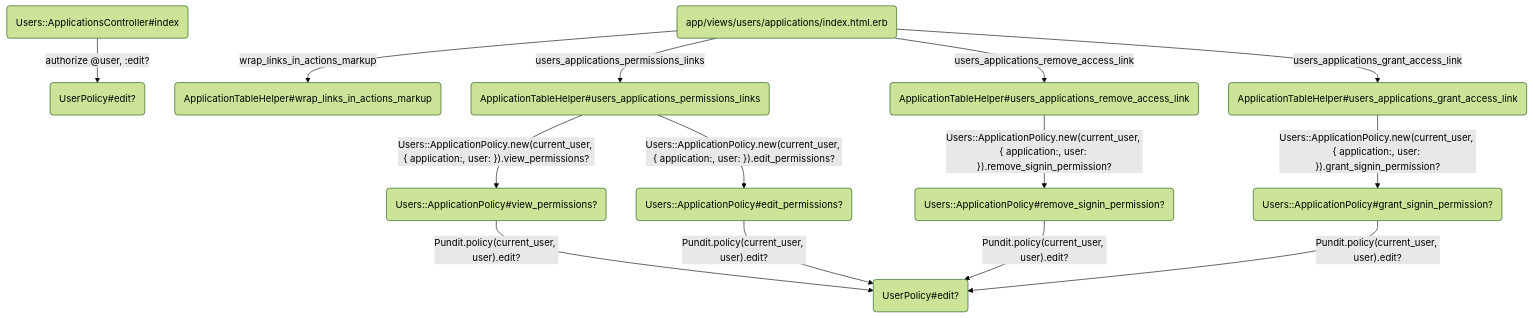
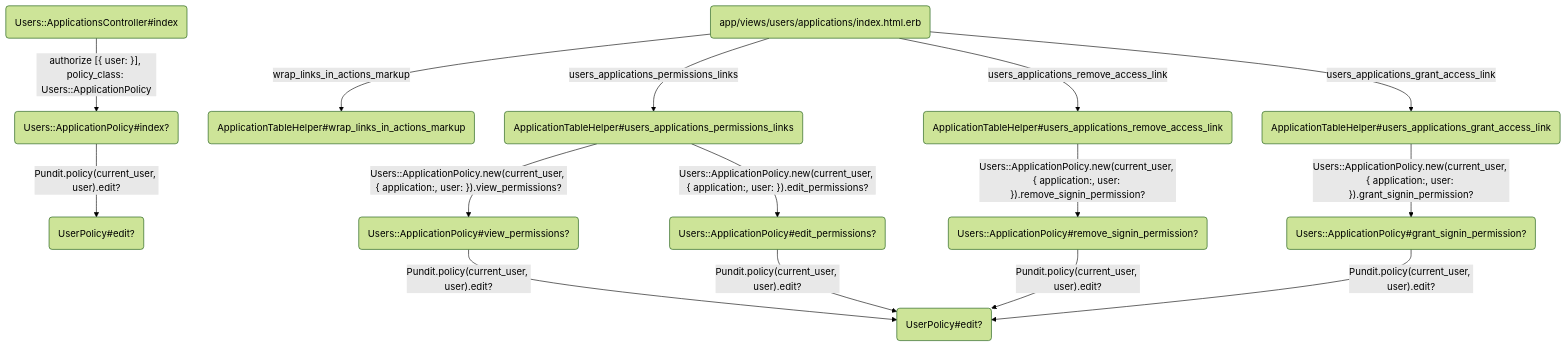
The seventh of 12 diagrams in docs/access_and_permissions.md (alphagov/signon), drawn with Mermaid (forest theme) before and after one commit. The commit also changed other lines of this file and 3 other files, not shown here.

First line of the commit message:
Use application policy in users apps controller

````diff
--- a/docs/access_and_permissions.md
+++ b/docs/access_and_permissions.md
@@ -185,16 +186,17 @@
 ```mermaid
 flowchart TD
-    A(Users::ApplicationsController#index) --authorize @user, :edit?--> B(UserPolicy#edit?)
-    C(app/views/users/applications/index.html.erb) --wrap_links_in_actions_markup--> D(ApplicationTableHelper#wrap_links_in_actions_markup)
-    C --users_applications_permissions_links--> E(ApplicationTableHelper#users_applications_permissions_links)
-    E --Users::ApplicationPolicy.new(current_user, { application:, user: }).view_permissions?--> F(Users::ApplicationPolicy#view_permissions?)
-    F --Pundit.policy(current_user, user).edit?--> G(UserPolicy#edit?)
-    E --Users::ApplicationPolicy.new(current_user, { application:, user: }).edit_permissions?--> H(Users::ApplicationPolicy#edit_permissions?)
-    H --Pundit.policy(current_user, user).edit?--> G
-    C --users_applications_remove_access_link--> I(ApplicationTableHelper#users_applications_remove_access_link)
-    I --Users::ApplicationPolicy.new(current_user, { application:, user: }).remove_signin_permission?--> J(Users::ApplicationPolicy#remove_signin_permission?)
-    J --Pundit.policy(current_user, user).edit?--> G
-    C --users_applications_grant_access_link--> K(ApplicationTableHelper#users_applications_grant_access_link)
-    K --Users::ApplicationPolicy.new(current_user, { application:, user: }).grant_signin_permission?--> L(Users::ApplicationPolicy#grant_signin_permission?)
-    L --Pundit.policy(current_user, user).edit?--> G
+    A(Users::ApplicationsController#index) --authorize [{ user: }], policy_class: Users::ApplicationPolicy--> B(Users::ApplicationPolicy#index?)
+    B --Pundit.policy(current_user, user).edit?--> C(UserPolicy#edit?)
+    D(app/views/users/applications/index.html.erb) --wrap_links_in_actions_markup--> E(ApplicationTableHelper#wrap_links_in_actions_markup)
+    D --users_applications_permissions_links--> F(ApplicationTableHelper#users_applications_permissions_links)
+    F --Users::ApplicationPolicy.new(current_user, { application:, user: }).view_permissions?--> G(Users::ApplicationPolicy#view_permissions?)
+    G --Pundit.policy(current_user, user).edit?--> H(UserPolicy#edit?)
+    F --Users::ApplicationPolicy.new(current_user, { application:, user: }).edit_permissions?--> I(Users::ApplicationPolicy#edit_permissions?)
+    I --Pundit.policy(current_user, user).edit?--> H
+    D --users_applications_remove_access_link--> J(ApplicationTableHelper#users_applications_remove_access_link)
+    J --Users::ApplicationPolicy.new(current_user, { application:, user: }).remove_signin_permission?--> K(Users::ApplicationPolicy#remove_signin_permission?)
+    K --Pundit.policy(current_user, user).edit?--> H
+    D --users_applications_grant_access_link--> L(ApplicationTableHelper#users_applications_grant_access_link)
+    L --Users::ApplicationPolicy.new(current_user, { application:, user: }).grant_signin_permission?--> M(Users::ApplicationPolicy#grant_signin_permission?)
+    M --Pundit.policy(current_user, user).edit?--> H
 ```
````
